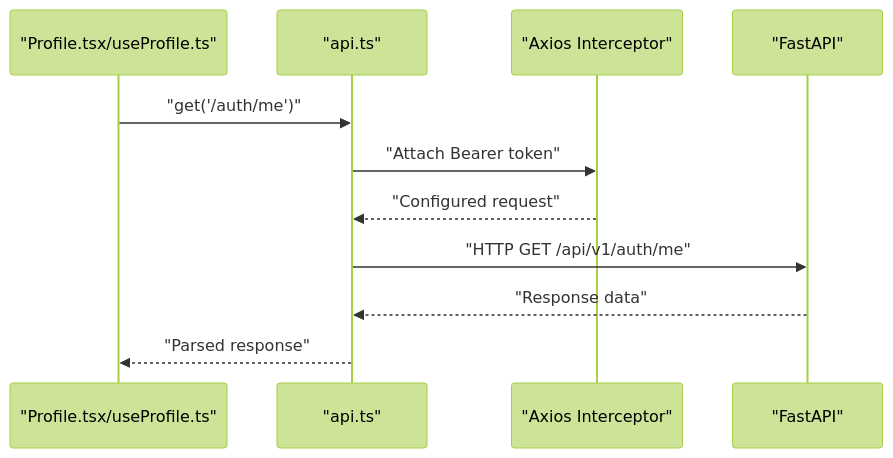
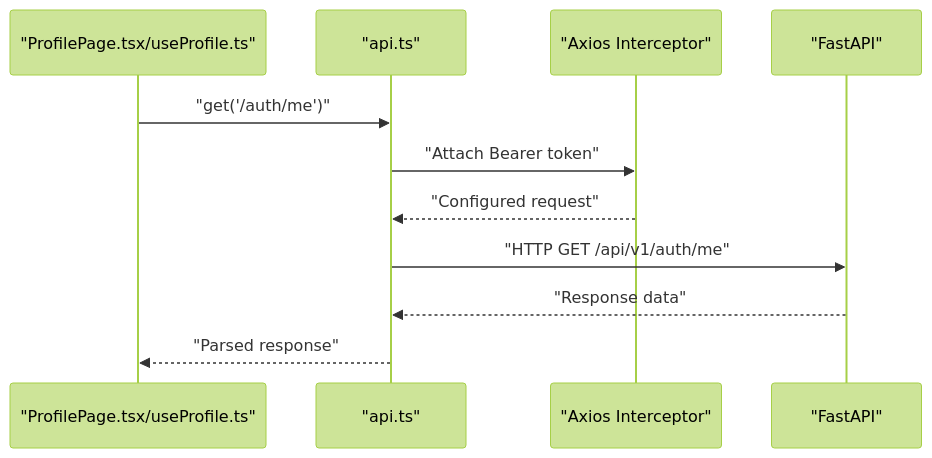
The fifth of 7 diagrams in .qoder/repowiki/en/content/Frontend Component Architecture/Page Components/Profile Page.md (nilsnavi/fit_trackerpro), drawn with Mermaid (forest theme) before and after one commit. The commit also changed other lines of this file and 9 other files, not shown here.

First line of the commit message:
Профиль: один экран ProfilePage и актуализация документации qoder

````diff
--- a/.qoder/repowiki/en/content/Frontend Component Architecture/Page Components/Profile Page.md
+++ b/.qoder/repowiki/en/content/Frontend Component Architecture/Page Components/Profile Page.md
@@ -302,13 +292,13 @@
 ```mermaid
 sequenceDiagram
-participant Caller as "Profile.tsx/useProfile.ts"
+participant Caller as "ProfilePage.tsx/useProfile.ts"
 participant API as "api.ts"
 participant Interceptor as "Axios Interceptor"
 participant Backend as "FastAPI"
 Caller->>API : "get('/auth/me')"
 API->>Interceptor : "Attach Bearer token"
 Interceptor-->>API : "Configured request"
 API->>Backend : "HTTP GET /api/v1/auth/me"
 Backend-->>API : "Response data"
 API-->>Caller : "Parsed response"
 ```
````
